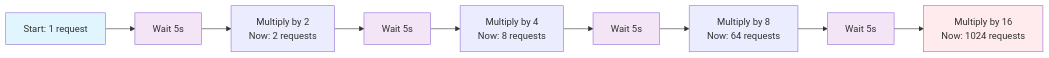
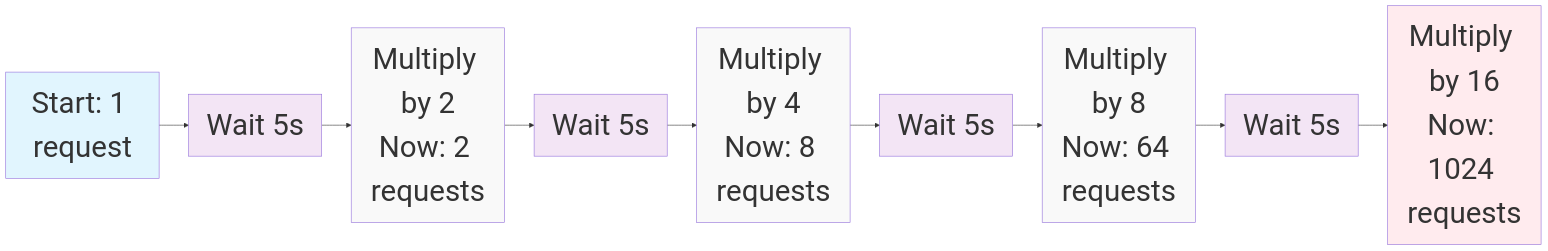
The first of 2 diagrams in docs/configuration_reference.md (Gradual-Load-Testing/gradual), drawn with Mermaid before and after one commit. The commit also changed other lines of this file, not shown here.

First line of the commit message:
Enhance configuration reference diagrams with font size adjustments

````diff
--- a/docs/configuration_reference.md
+++ b/docs/configuration_reference.md
@@ -242,11 +242,14 @@
 ```mermaid
 flowchart LR
     A[Start: 1 request] --> B[Wait 5s] --> C[Multiply by 2<br/>Now: 2 requests] --> D[Wait 5s] --> E[Multiply by 4<br/>Now: 8 requests] --> F[Wait 5s] --> G[Multiply by 8<br/>Now: 64 requests] --> H[Wait 5s] --> I[Multiply by 16<br/>Now: 1024 requests]
     
-    style A fill:#e1f5fe
-    style I fill:#ffebee
-    style B fill:#f3e5f5
-    style D fill:#f3e5f5
-    style F fill:#f3e5f5
-    style H fill:#f3e5f5
+    style A fill:#e1f5fe,font-size:50px
+    style I fill:#ffebee,font-size:50px
+    style B fill:#f3e5f5,font-size:50px
+    style D fill:#f3e5f5,font-size:50px
+    style F fill:#f3e5f5,font-size:50px
+    style H fill:#f3e5f5,font-size:50px
+    style C fill:#f9f9f9,font-size:50px
+    style E fill:#f9f9f9,font-size:50px
+    style G fill:#f9f9f9,font-size:50px
 ```
````
